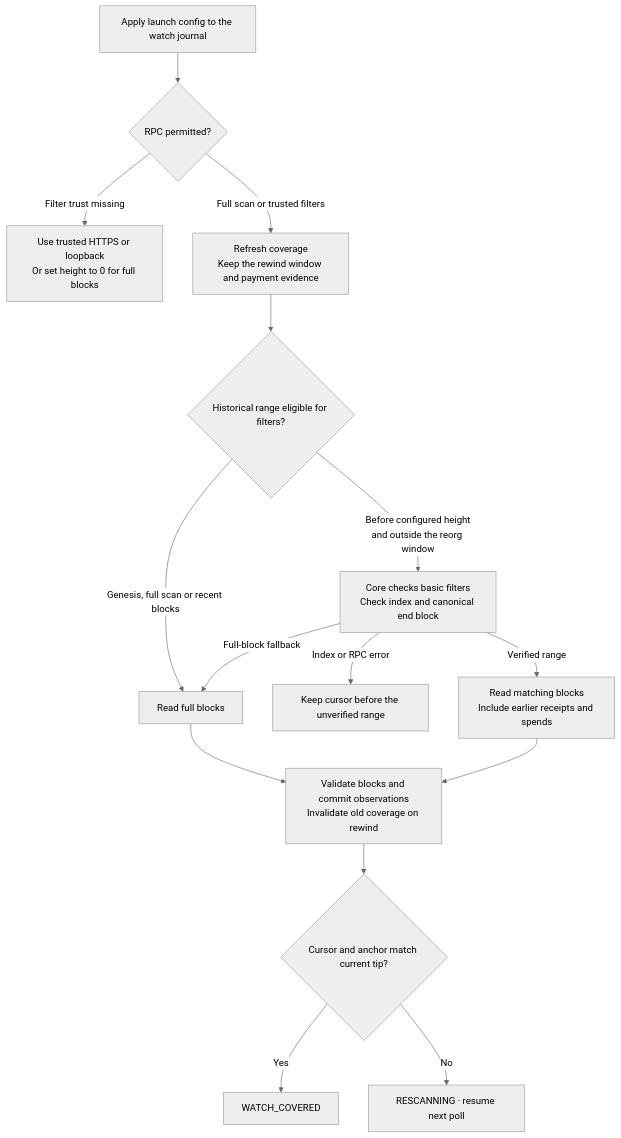
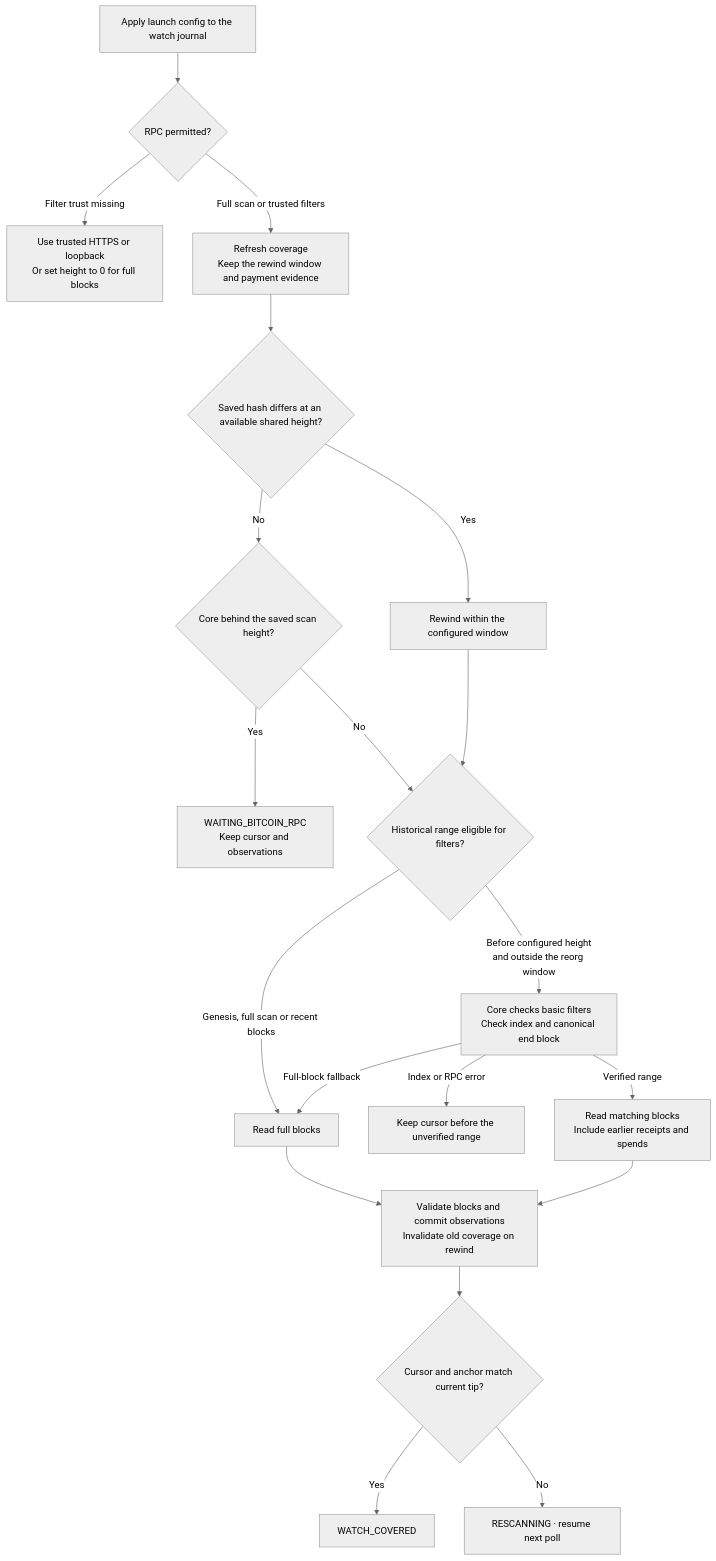
Before and after one commit to SergeyBelets/SatFiSetup: the diagram in docs/ADDRESS_REQUESTS_WATCH.md, drawn with Mermaid (neutral theme). The commit also changed other lines of this file and 3468 other files, not shown here.

````diff
--- a/docs/ADDRESS_REQUESTS_WATCH.md
+++ b/docs/ADDRESS_REQUESTS_WATCH.md
@@ -206,17 +212,22 @@
 ```mermaid
 flowchart TD
     A["Apply launch config to the watch journal"] --> S{"RPC permitted?"}
     S -->|"Filter trust missing"| X["Use trusted HTTPS or loopback<br/>Or set height to 0 for full blocks"]
     S -->|"Full scan or trusted filters"| U["Refresh coverage<br/>Keep the rewind window and payment evidence"]
-    U --> B{"Historical range eligible for filters?"}
+    U --> O{"Saved hash differs at an available shared height?"}
+    O -->|"Yes"| Q["Rewind within the configured window"]
+    O -->|"No"| L{"Core behind the saved scan height?"}
+    L -->|"Yes"| P["WAITING_BITCOIN_RPC<br/>Keep cursor and observations"]
+    L -->|"No"| B{"Historical range eligible for filters?"}
+    Q --> B
     B -->|"Before configured height<br/>and outside the reorg window"| C["Core checks basic filters<br/>Check index and canonical end block"]
     B -->|"Genesis, full scan or recent blocks"| F["Read full blocks"]
     C -->|"Index or RPC error"| E["Keep cursor before the unverified range"]
     C -->|"Full-block fallback"| F
     C -->|"Verified range"| M["Read matching blocks<br/>Include earlier receipts and spends"]
     F --> V["Validate blocks and commit observations<br/>Invalidate old coverage on rewind"]
     M --> V
     V --> T{"Cursor and anchor match current tip?"}
     T -->|"Yes"| W["WATCH_COVERED"]
     T -->|"No"| R["RESCANNING · resume next poll"]
 ```
````
